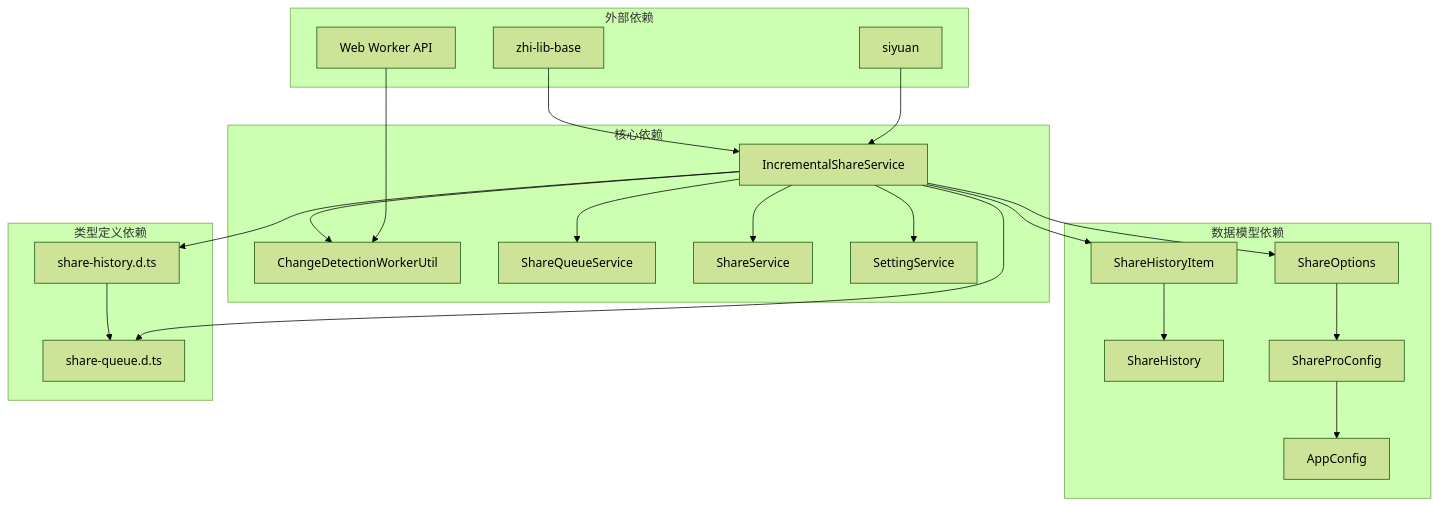
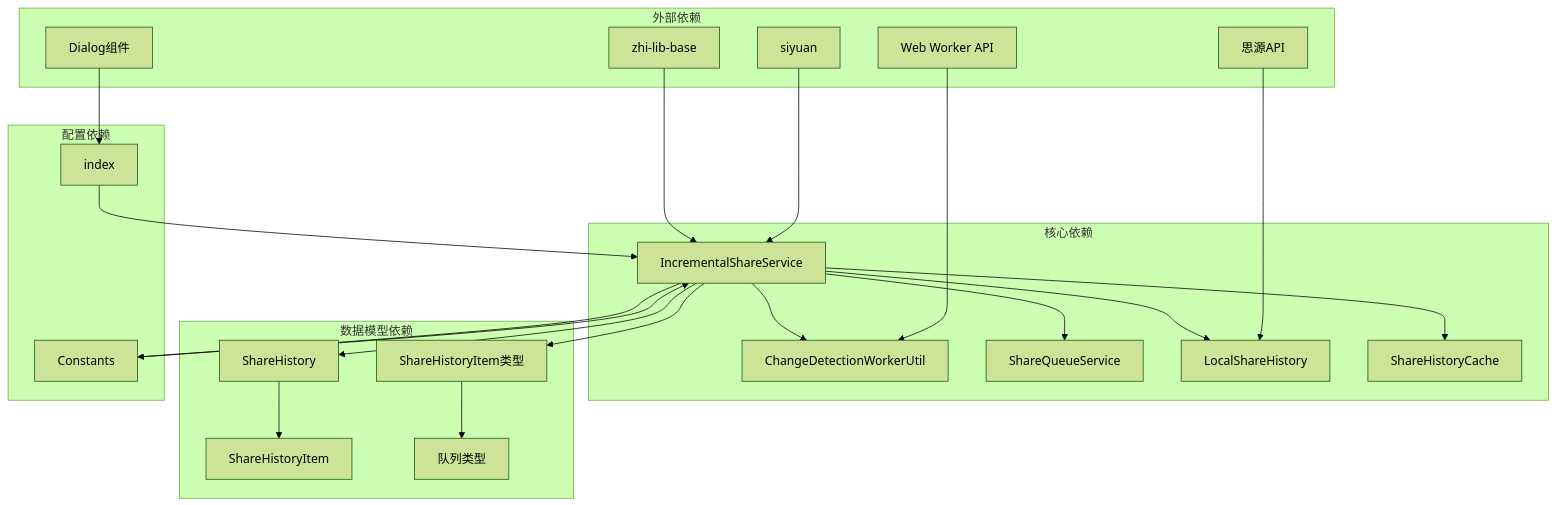
The seventh of 7 diagrams in .qoder/repowiki/zh/content/增量分享规范.md (terwerinc/siyuan-plugin-share-pro), drawn with Mermaid (forest theme) before and after one commit. The commit also changed other lines of this file and 8 other files, not shown here.

````diff
--- a/.qoder/repowiki/zh/content/增量分享规范.md
+++ b/.qoder/repowiki/zh/content/增量分享规范.md
@@ -314,26 +355,27 @@
 ```mermaid
 graph TB
 subgraph "核心依赖"
 A[IncrementalShareService] --> B[ChangeDetectionWorkerUtil]
 A --> C[ShareQueueService]
-A --> D[ShareService]
-A --> E[SettingService]
+A --> D[LocalShareHistory]
+A --> E[ShareHistoryCache]
 end
 subgraph "数据模型依赖"
-F[ShareHistoryItem] --> G[ShareHistory]
-H[ShareOptions] --> I[ShareProConfig]
-I --> J[AppConfig]
+F[ShareHistory] --> G[ShareHistoryItem]
+H[ShareHistoryItem类型] --> I[队列类型]
 end
-subgraph "类型定义依赖"
-K[share-history.d.ts] --> L[share-queue.d.ts]
+subgraph "配置依赖"
+J[Constants] --> A
+K[index] --> A
 end
 subgraph "外部依赖"
-M[zhi-lib-base] --> A
-N[siyuan] --> A
-O[Web Worker API] --> B
+L[zhi-lib-base] --> A
+M[siyuan] --> A
+N[Web Worker API] --> B
+O[思源API] --> D
+P[Dialog组件] --> K
 end
 A --> F
 A --> H
-A --> K
-A --> L
+A --> J
 ```
````
